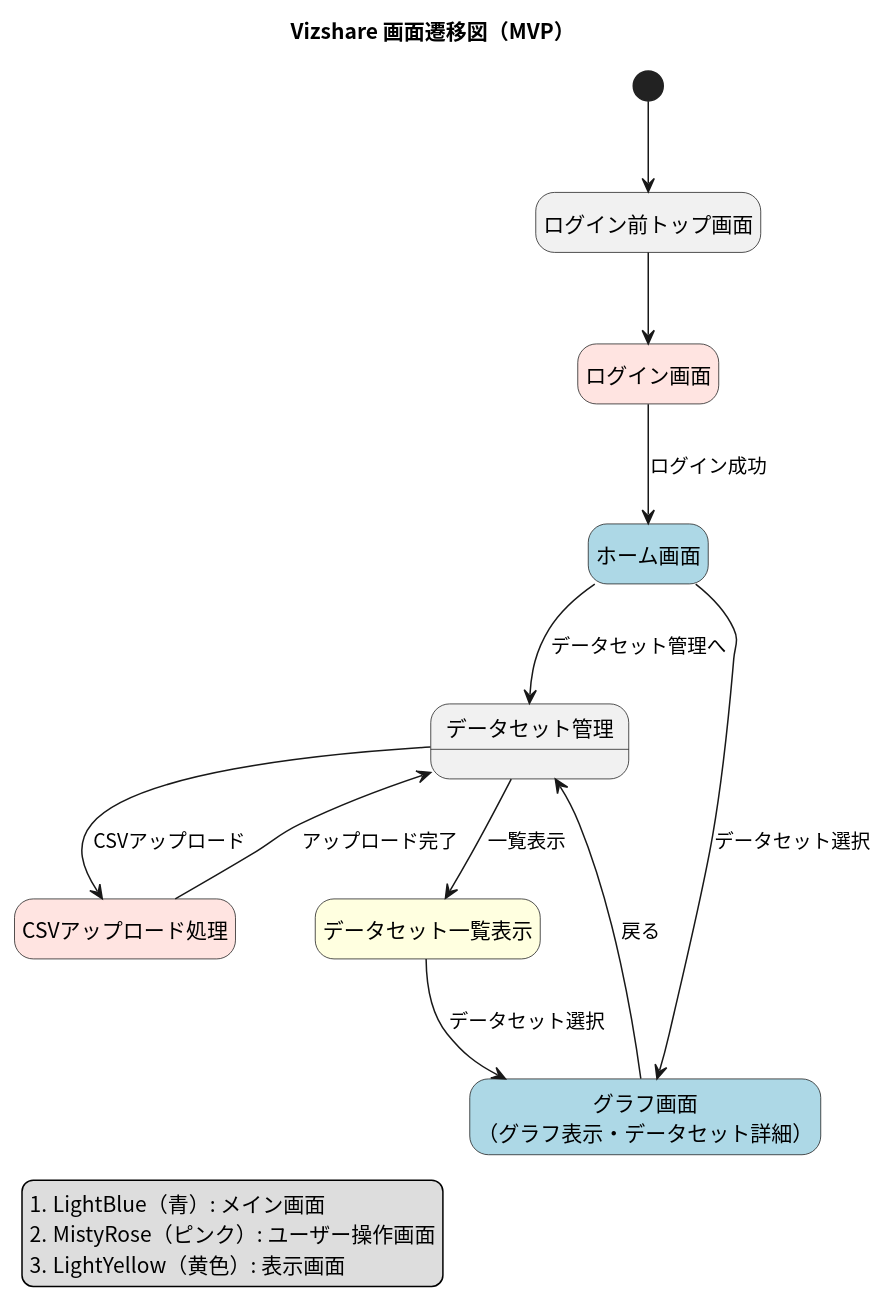
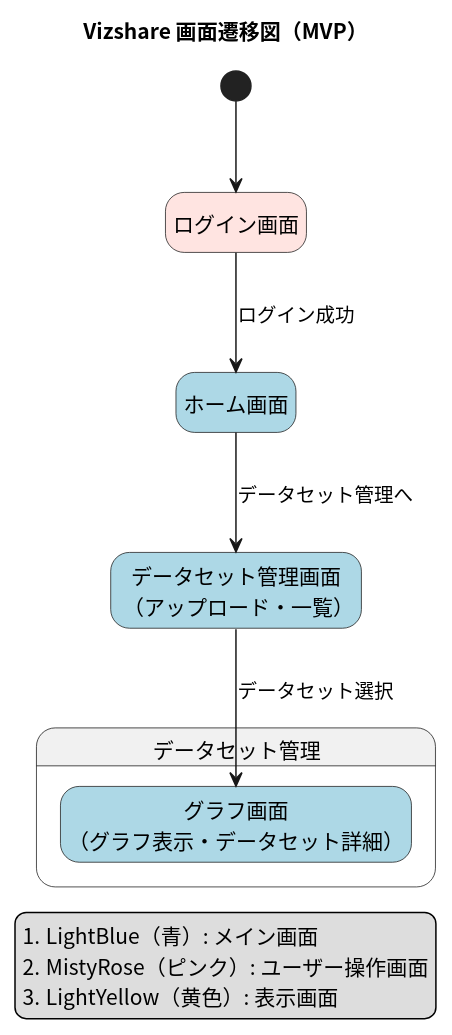
The diagram in docs/screen_flow/screen_flow_diagram.pu (tomoki-shiozaki/vizshare), drawn with PlantUML before and after one commit.

Commit message:
docs(screen flow): add screen flow diagram

```diff
--- a/docs/screen_flow/screen_flow_diagram.pu
+++ b/docs/screen_flow/screen_flow_diagram.pu
@@ -1,46 +1,35 @@
 @startuml screen_flow_vizshare
 skinparam defaultFontName "Noto Sans CJK JP"
 hide empty description
 
 title Vizshare 画面遷移図（MVP）
 
 legend left
 #LightBlue（青）: メイン画面
 #MistyRose（ピンク）: ユーザー操作画面
 #LightYellow（黄色）: 表示画面
 end legend
 
-[*] --> notLogin
+[*] --> login
 
-state "ログイン前トップ画面" as notLogin
 state "ログイン画面" as login <<操作>>
 state "ホーム画面" as home #LightBlue
-state "データセット管理画面\n（アップロード・一覧）" as datasetManagement #LightBlue
-state "CSVアップロード処理" as uploadCsv <<操作>>
-state "データセット一覧表示" as datasetList <<表示>>
-state "グラフ画面\n（グラフ表示・データセット詳細）" as graphView #LightBlue
 
-notLogin --> login
 login --> home : ログイン成功
 
 ' ホームからの遷移
 home --> datasetManagement : データセット管理へ
-home --> graphView : データセット選択
 
 ' データセット管理内部
-state "データセット管理" as datasetManagement {
-    datasetManagement --> uploadCsv : CSVアップロード
-    datasetManagement --> datasetList : 一覧表示
-    uploadCsv --> datasetManagement : アップロード完了
-    datasetList --> graphView : データセット選択
+state "データセット管理" as dataset {
+    state "データセット管理画面\n （アップロード・一覧）" as datasetManagement #LightBlue
+    state "グラフ画面\n（グラフ表示・データセット詳細）" as graphView #LightBlue
+    datasetManagement --> graphView : データセット選択
 }
-
-' グラフ画面
-graphView --> datasetManagement : 戻る
 
 skinparam state {
   BackgroundColor<<操作>> MistyRose
   BackgroundColor<<表示>> LightYellow
 }
 
 @enduml
```
